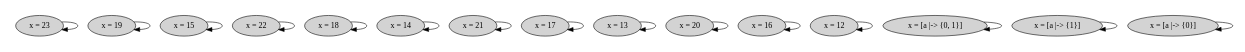
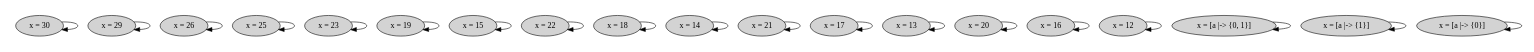
One commit to will62794/spectacle changed the diagram in specs/with_state_graphs/simple_quant2.tla.dot. Above: the diagram before and after it, drawn with Graphviz. The commit also changed 6 other files, not shown here.

```diff
--- a/specs/with_state_graphs/simple_quant2.tla.dot
+++ b/specs/with_state_graphs/simple_quant2.tla.dot
@@ -1,37 +1,45 @@
 strict digraph DiskGraph {
 nodesep=0.35;
 subgraph cluster_graph {
 color="white";
 3172278529501366122 [label="x = [a |-> {0}]",style = filled]
 -769808414902635312 [label="x = [a |-> {1}]",style = filled]
 5765653762618025451 [label="x = [a |-> {0, 1}]",style = filled]
 4524828288577077786 [label="x = 12",style = filled]
 5710123397395560307 [label="x = 16",style = filled]
 -6708115964099867054 [label="x = 20",style = filled]
 -1757443398872157792 [label="x = 13",style = filled]
 -7608467454147132215 [label="x = 17",style = filled]
 8912863093112667624 [label="x = 21",style = filled]
 -857411934903859159 [label="x = 14",style = filled]
 -8796416551377027776 [label="x = 18",style = filled]
 7508990605324043361 [label="x = 22",style = filled]
 3264821330489916307 [label="x = 15",style = filled]
 6682211621639950074 [label="x = 19",style = filled]
 -5664843355636500517 [label="x = 23",style = filled]
+3865938299181964236 [label="x = 25",style = filled]
+2748040814338712133 [label="x = 26",style = filled]
+-2846555833137208595 [label="x = 29",style = filled]
+-3748522780628034716 [label="x = 30",style = filled]
 3172278529501366122 -> 3172278529501366122 [label="",color="black",fontcolor="black"];
 -769808414902635312 -> -769808414902635312 [label="",color="black",fontcolor="black"];
 5765653762618025451 -> 5765653762618025451 [label="",color="black",fontcolor="black"];
 4524828288577077786 -> 4524828288577077786 [label="",color="black",fontcolor="black"];
 5710123397395560307 -> 5710123397395560307 [label="",color="black",fontcolor="black"];
 -6708115964099867054 -> -6708115964099867054 [label="",color="black",fontcolor="black"];
 -1757443398872157792 -> -1757443398872157792 [label="",color="black",fontcolor="black"];
 -7608467454147132215 -> -7608467454147132215 [label="",color="black",fontcolor="black"];
 8912863093112667624 -> 8912863093112667624 [label="",color="black",fontcolor="black"];
 -857411934903859159 -> -857411934903859159 [label="",color="black",fontcolor="black"];
 -8796416551377027776 -> -8796416551377027776 [label="",color="black",fontcolor="black"];
 7508990605324043361 -> 7508990605324043361 [label="",color="black",fontcolor="black"];
 3264821330489916307 -> 3264821330489916307 [label="",color="black",fontcolor="black"];
 6682211621639950074 -> 6682211621639950074 [label="",color="black",fontcolor="black"];
 -5664843355636500517 -> -5664843355636500517 [label="",color="black",fontcolor="black"];
-{rank = same; -8796416551377027776;6682211621639950074;3172278529501366122;-1757443398872157792;7508990605324043361;-769808414902635312;4524828288577077786;-5664843355636500517;8912863093112667624;-857411934903859159;-6708115964099867054;3264821330489916307;5765653762618025451;-7608467454147132215;5710123397395560307;}
+3865938299181964236 -> 3865938299181964236 [label="",color="black",fontcolor="black"];
+2748040814338712133 -> 2748040814338712133 [label="",color="black",fontcolor="black"];
+-2846555833137208595 -> -2846555833137208595 [label="",color="black",fontcolor="black"];
+-3748522780628034716 -> -3748522780628034716 [label="",color="black",fontcolor="black"];
+{rank = same; -8796416551377027776;2748040814338712133;6682211621639950074;3172278529501366122;-1757443398872157792;7508990605324043361;-769808414902635312;4524828288577077786;-3748522780628034716;-5664843355636500517;8912863093112667624;-857411934903859159;-6708115964099867054;-2846555833137208595;3264821330489916307;5765653762618025451;-7608467454147132215;5710123397395560307;3865938299181964236;}
 }
 }
```
